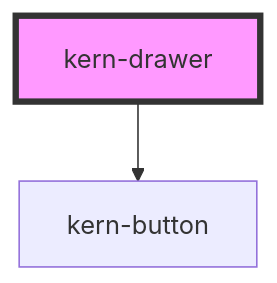
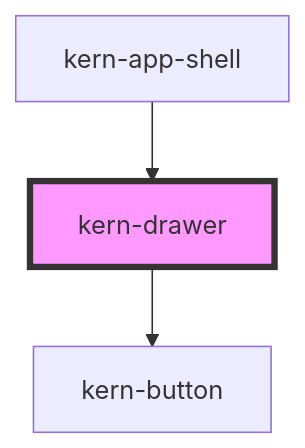
The diagram in src/components/kern-drawer/readme.md (yfridelance/kern), drawn with Mermaid before and after one commit. The commit also changed other lines of this file and 17 other files, not shown here.

First line of the commit message:
kern-app-shell: Base Layout mit optionaler Sidebar

````diff
--- a/src/components/kern-drawer/readme.md
+++ b/src/components/kern-drawer/readme.md
@@ -146,5 +150,6 @@
 ```mermaid
 graph TD;
   kern-drawer --> kern-button
+  kern-app-shell --> kern-drawer
   style kern-drawer fill:#f9f,stroke:#333,stroke-width:4px
 ```
````
